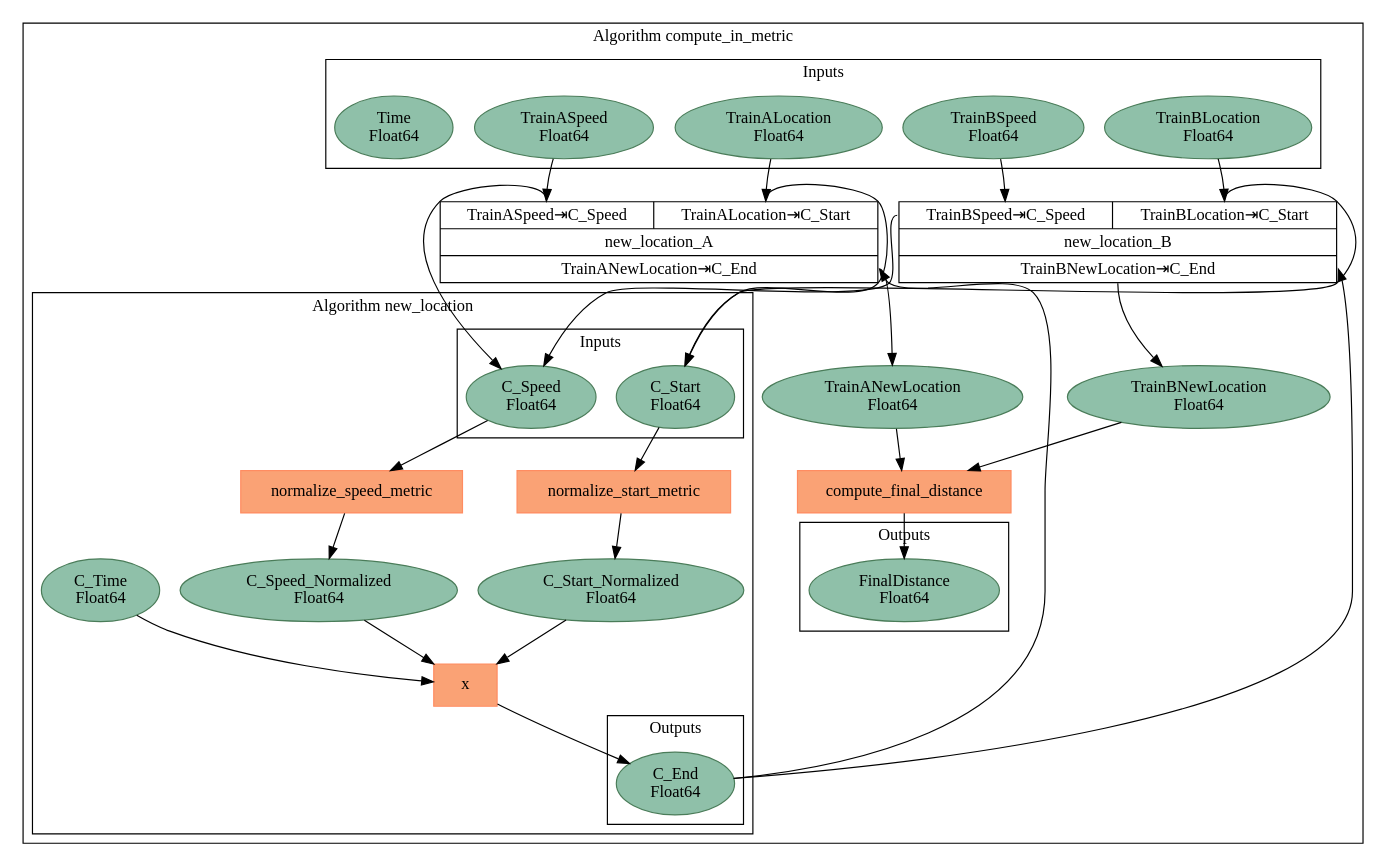
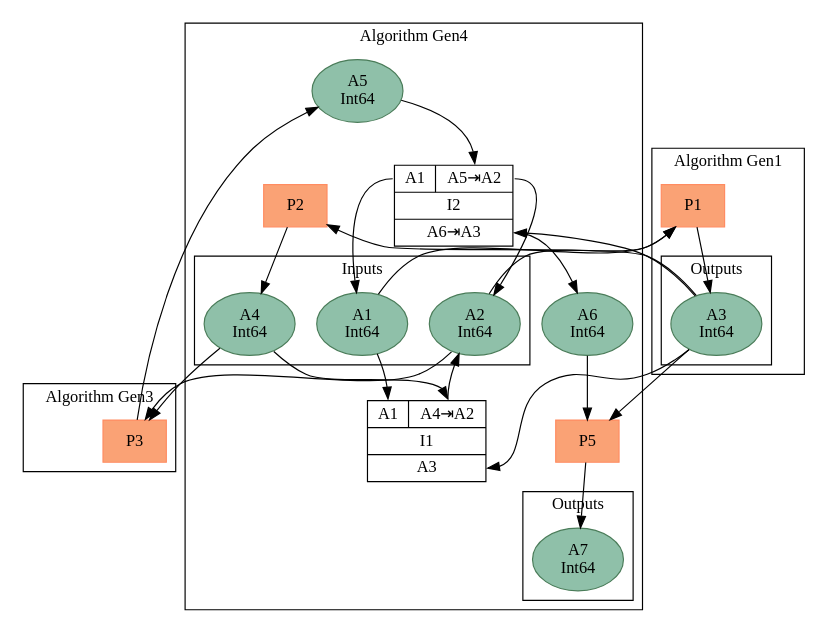
Before and after one commit to tz-lom/Glue: the tenth of 11 diagrams in docs/src/visualization.md, drawn with Graphviz. The commit also changed other lines of this file and 46 other files, not shown here.

````diff
--- a/docs/src/visualization.md
+++ b/docs/src/visualization.md
@@ -295,75 +295,73 @@
 ```graphviz
-digraph { compound=true;
+digraph { compound=true; 
 subgraph cluster_algorithm_1 {
-label="Algorithm compute_in_metric"
+label="Algorithm Gen4"
 subgraph cluster_algorithm_1_inputs {
 label="Inputs"
-artifact_2 [label="TrainALocation\nFloat64",shape="ellipse",style="filled",color="#4a7c59",fillcolor="#8fc0a9"]
-artifact_3 [label="TrainASpeed\nFloat64",shape="ellipse",style="filled",color="#4a7c59",fillcolor="#8fc0a9"]
-artifact_4 [label="TrainBLocation\nFloat64",shape="ellipse",style="filled",color="#4a7c59",fillcolor="#8fc0a9"]
-artifact_5 [label="TrainBSpeed\nFloat64",shape="ellipse",style="filled",color="#4a7c59",fillcolor="#8fc0a9"]
-artifact_6 [label="Time\nFloat64",shape="ellipse",style="filled",color="#4a7c59",fillcolor="#8fc0a9"]
+artifact_2 [label="A1\nInt64",shape="ellipse",style="filled",color="#4a7c59",fillcolor="#8fc0a9"]
+artifact_3 [label="A2\nInt64",shape="ellipse",style="filled",color="#4a7c59",fillcolor="#8fc0a9"]
+artifact_4 [label="A4\nInt64",shape="ellipse",style="filled",color="#4a7c59",fillcolor="#8fc0a9"]
 } // cluster_algorithm_1_inputs
 subgraph cluster_algorithm_1_outputs {
 label="Outputs"
-artifact_7 [label="FinalDistance\nFloat64",shape="ellipse",style="filled",color="#4a7c59",fillcolor="#8fc0a9"]
+artifact_5 [label="A7\nInt64",shape="ellipse",style="filled",color="#4a7c59",fillcolor="#8fc0a9"]
 } // cluster_algorithm_1_outputs
-invoke_8 [shape="record",label="{{<invoke_8_input_9>TrainASpeed⇥C_Speed|<invoke_8_input_10>TrainALocation⇥C_Start}|new_location_A|{<invoke_8_output_11>TrainANewLocation⇥C_End}}"]
-subgraph cluster_algorithm_12 {
-label="Algorithm new_location"
-subgraph cluster_algorithm_12_inputs {
-label="Inputs"
-artifact_13 [label="C_Speed\nFloat64",shape="ellipse",style="filled",color="#4a7c59",fillcolor="#8fc0a9"]
-artifact_14 [label="C_Start\nFloat64",shape="ellipse",style="filled",color="#4a7c59",fillcolor="#8fc0a9"]
-} // cluster_algorithm_12_inputs
-subgraph cluster_algorithm_12_outputs {
-label="Outputs"
-artifact_15 [label="C_End\nFloat64",shape="ellipse",style="filled",color="#4a7c59",fillcolor="#8fc0a9"]
-} // cluster_algorithm_12_outputs
-provider_16 [shape="rectangle",label="x",style="filled",color="#ff8c61",fillcolor="#faa275"]
-artifact_17 [label="C_Start_Normalized\nFloat64",shape="ellipse",style="filled",color="#4a7c59",fillcolor="#8fc0a9"]
-artifact_18 [label="C_Speed_Normalized\nFloat64",shape="ellipse",style="filled",color="#4a7c59",fillcolor="#8fc0a9"]
-artifact_19 [label="C_Time\nFloat64",shape="ellipse",style="filled",color="#4a7c59",fillcolor="#8fc0a9"]
-provider_20 [shape="rectangle",label="normalize_speed_metric",style="filled",color="#ff8c61",fillcolor="#faa275"]
-provider_21 [shape="rectangle",label="normalize_start_metric",style="filled",color="#ff8c61",fillcolor="#faa275"]
-} // cluster_algorithm_12
-artifact_22 [label="TrainANewLocation\nFloat64",shape="ellipse",style="filled",color="#4a7c59",fillcolor="#8fc0a9"]
-invoke_23 [shape="record",label="{{<invoke_23_input_24>TrainBSpeed⇥C_Speed|<invoke_23_input_25>TrainBLocation⇥C_Start}|new_location_B|{<invoke_23_output_26>TrainBNewLocation⇥C_End}}"]
-subgraph cluster_algorithm_27 {
-label="Algorithm new_location"
-subgraph cluster_algorithm_27_inputs {
-label="Inputs"
-} // cluster_algorithm_27_inputs
-subgraph cluster_algorithm_27_outputs {
-label="Outputs"
-} // cluster_algorithm_27_outputs
-} // cluster_algorithm_27
-artifact_28 [label="TrainBNewLocation\nFloat64",shape="ellipse",style="filled",color="#4a7c59",fillcolor="#8fc0a9"]
-provider_29 [shape="rectangle",label="compute_final_distance",style="filled",color="#ff8c61",fillcolor="#faa275"]
+invoke_6 [shape="record",label="{{<invoke_6_input_7>A1|<invoke_6_input_8>A4⇥A2}|I1|{<invoke_6_output_9>A3}}"]
+invoke_13 [shape="record",label="{{<invoke_13_input_14>A1|<invoke_13_input_15>A5⇥A2}|I2|{<invoke_13_output_16>A6⇥A3}}"]
+artifact_17 [label="A6\nInt64",shape="ellipse",style="filled",color="#4a7c59",fillcolor="#8fc0a9"]
+artifact_18 [label="A5\nInt64",shape="ellipse",style="filled",color="#4a7c59",fillcolor="#8fc0a9"]
+provider_19 [shape="rectangle",label="P2",style="filled",color="#ff8c61",fillcolor="#faa275"]
+provider_20 [shape="rectangle",label="P5",style="filled",color="#ff8c61",fillcolor="#faa275"]
+
 } // cluster_algorithm_1
 
-provider_16 -> artifact_15
-artifact_17 -> provider_16
-artifact_18 -> provider_16
-artifact_19 -> provider_16
-provider_20 -> artifact_18
-artifact_13 -> provider_20
-provider_21 -> artifact_17
-artifact_14 -> provider_21
-artifact_15 -> invoke_8:invoke_8_output_11
-invoke_8:invoke_8_output_11 -> artifact_22
-invoke_8:invoke_8_input_9 -> artifact_13
-artifact_3 -> invoke_8:invoke_8_input_9
-invoke_8:invoke_8_input_10 -> artifact_14
-artifact_2 -> invoke_8:invoke_8_input_10
-artifact_15 -> invoke_23:invoke_23_output_26
-invoke_23:invoke_23_output_26 -> artifact_28
-invoke_23:invoke_23_input_24 -> artifact_13
-artifact_5 -> invoke_23:invoke_23_input_24
-invoke_23:invoke_23_input_25 -> artifact_14
-artifact_4 -> invoke_23:invoke_23_input_25
-provider_29 -> artifact_7
-artifact_22 -> provider_29
-artifact_28 -> provider_29
+subgraph cluster_algorithm_10 {
+label="Algorithm Gen1"
+subgraph cluster_algorithm_10_inputs {
+label="Inputs"
+} // cluster_algorithm_10_inputs
+subgraph cluster_algorithm_10_outputs {
+label="Outputs"
+artifact_11 [label="A3\nInt64",shape="ellipse",style="filled",color="#4a7c59",fillcolor="#8fc0a9"]
+} // cluster_algorithm_10_outputs
+provider_12 [shape="rectangle",label="P1",style="filled",color="#ff8c61",fillcolor="#faa275"]
+} // cluster_algorithm_10
+
+subgraph cluster_algorithm_21 {
+label="Algorithm Gen3"
+subgraph cluster_algorithm_21_inputs {
+label="Inputs"
+} // cluster_algorithm_21_inputs
+subgraph cluster_algorithm_21_outputs {
+label="Outputs"
+} // cluster_algorithm_21_outputs
+provider_22 [shape="rectangle",label="P3",style="filled",color="#ff8c61",fillcolor="#faa275"]
+} // cluster_algorithm_21
+
+//edge [style=invis]
+//{b a1 a2} -> {c}  
+
+
+provider_12 -> artifact_11
+artifact_2 -> provider_12
+artifact_3 -> provider_12
+artifact_11 -> invoke_6:invoke_6_output_9
+//invoke_6:invoke_6_input_7 -> artifact_2
+artifact_2 -> invoke_6:invoke_6_input_7 
+invoke_6:invoke_6_input_8 -> artifact_3
+artifact_4 -> invoke_6:invoke_6_input_8
+artifact_11 -> invoke_13:invoke_13_output_16
+invoke_13:invoke_13_output_16 -> artifact_17
+invoke_13:invoke_13_input_14 -> artifact_2
+invoke_13:invoke_13_input_15 -> artifact_3
+artifact_18 -> invoke_13:invoke_13_input_15
+provider_19 -> artifact_4
+artifact_11 -> provider_19
+provider_20 -> artifact_5
+artifact_11 -> provider_20
+artifact_17 -> provider_20
+provider_22 -> artifact_18
+artifact_4 -> provider_22
+artifact_3 -> provider_22
 }
 ```
````
